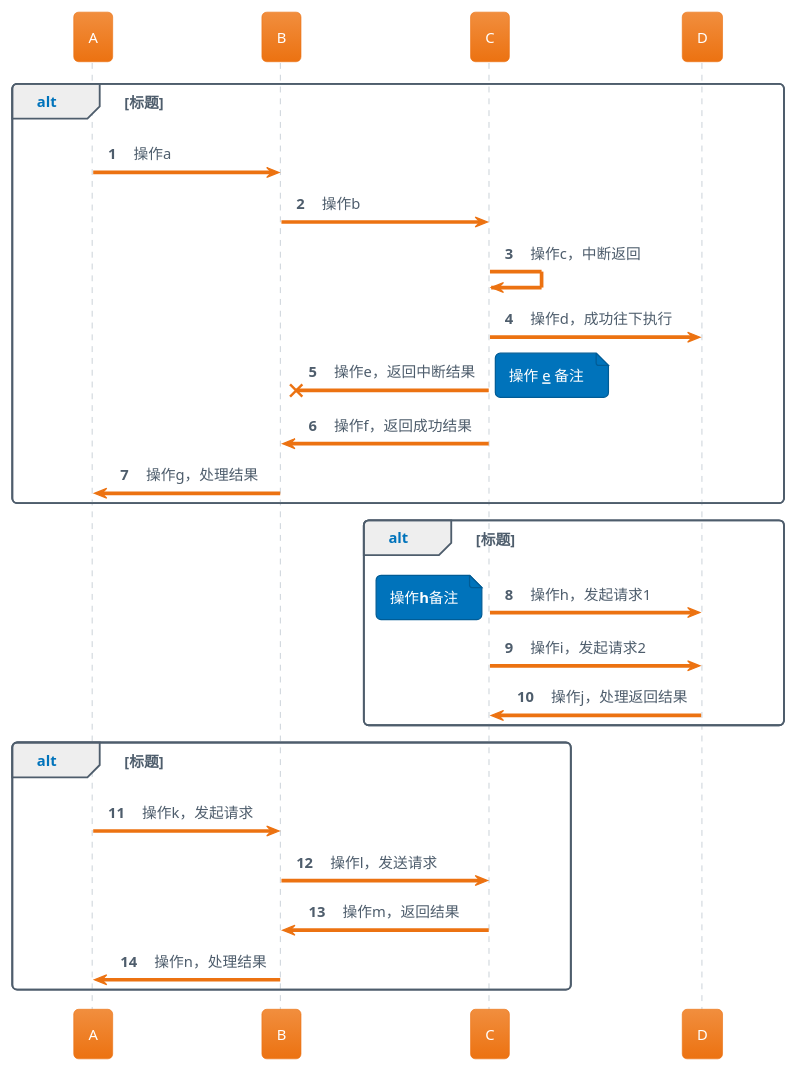
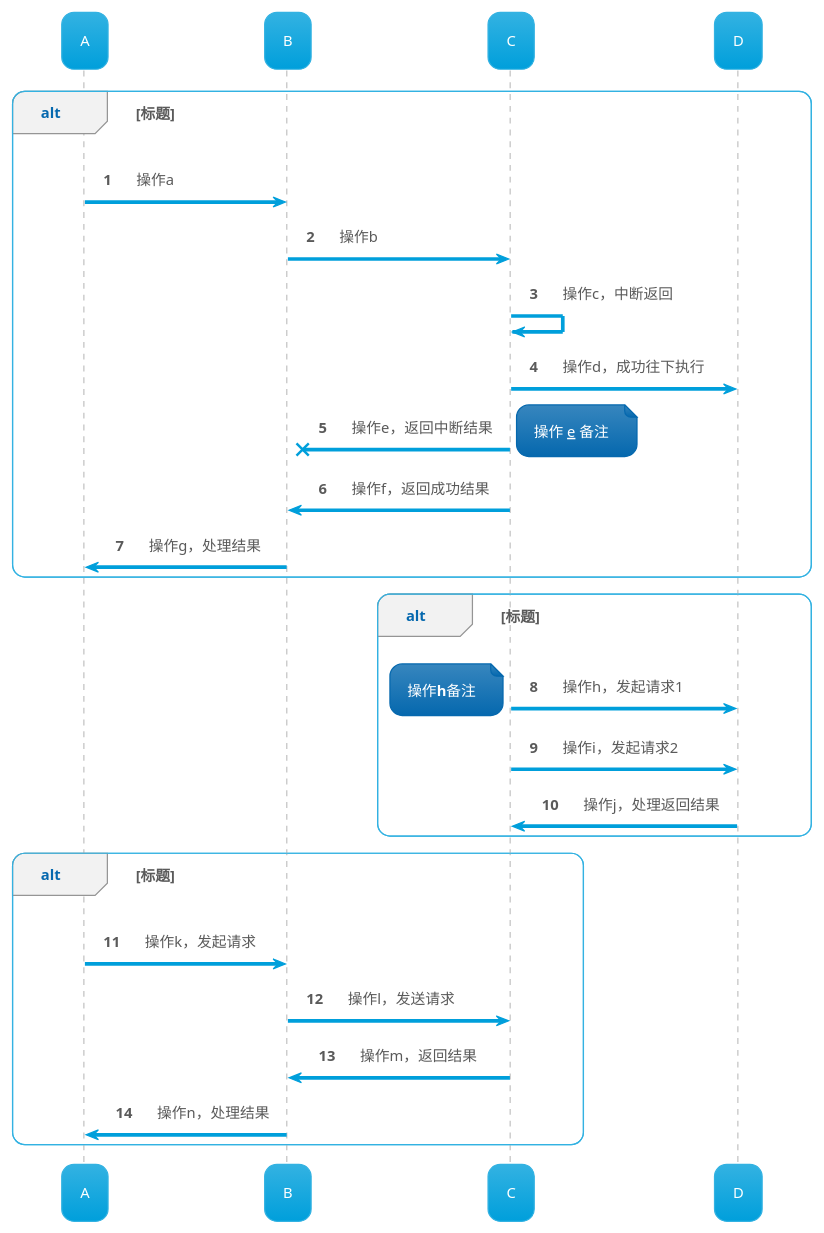
Before and after one commit to Nick233333/uml: the diagram in 时序图.puml, drawn with PlantUML. The commit also changed 1 other file, not shown here.

```diff
--- a/时序图.puml
+++ b/时序图.puml
@@ -1,31 +1,31 @@
 @startuml
-!theme aws-orange
+!theme bluegray
 autonumber
 alt 标题
 A -> B: 操作a
 B -> C: 操作b
 C -> C: 操作c，中断返回
 C -> D: 操作d，成功往下执行
 B x<- C: 操作e，返回中断结果
 note right: 操作 <u>e</u> 备注
 
 C -> B: 操作f，返回成功结果
 B -> A: 操作g，处理结果
 end
 
 alt 标题
 C -> D: 操作h，发起请求1
 note left: 操作**h**备注
 C -> D: 操作i，发起请求2
 D -> C: 操作j，处理返回结果
 
 end
 
 alt 标题
 A -> B: 操作k，发起请求
 B -> C: 操作l，发送请求
 
 C -> B: 操作m，返回结果
 B -> A: 操作n，处理结果
 end
 @enduml
```
